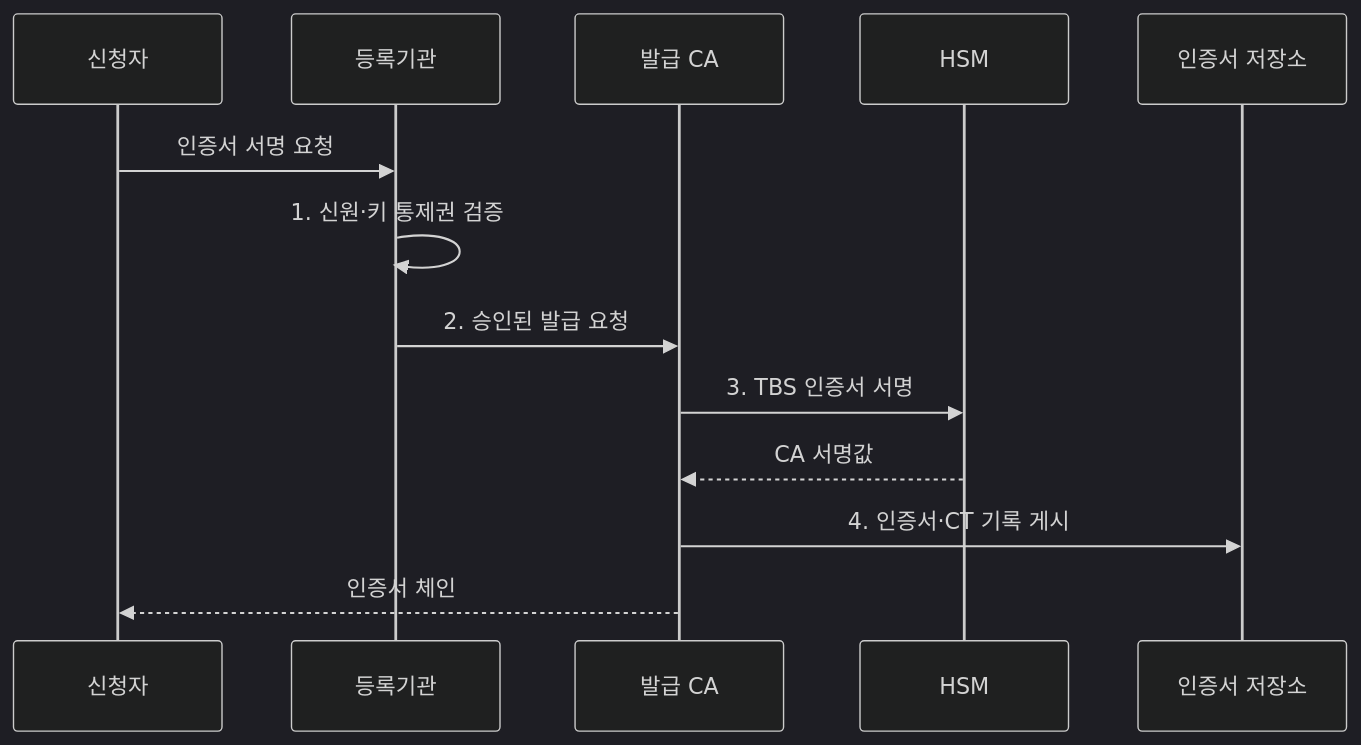
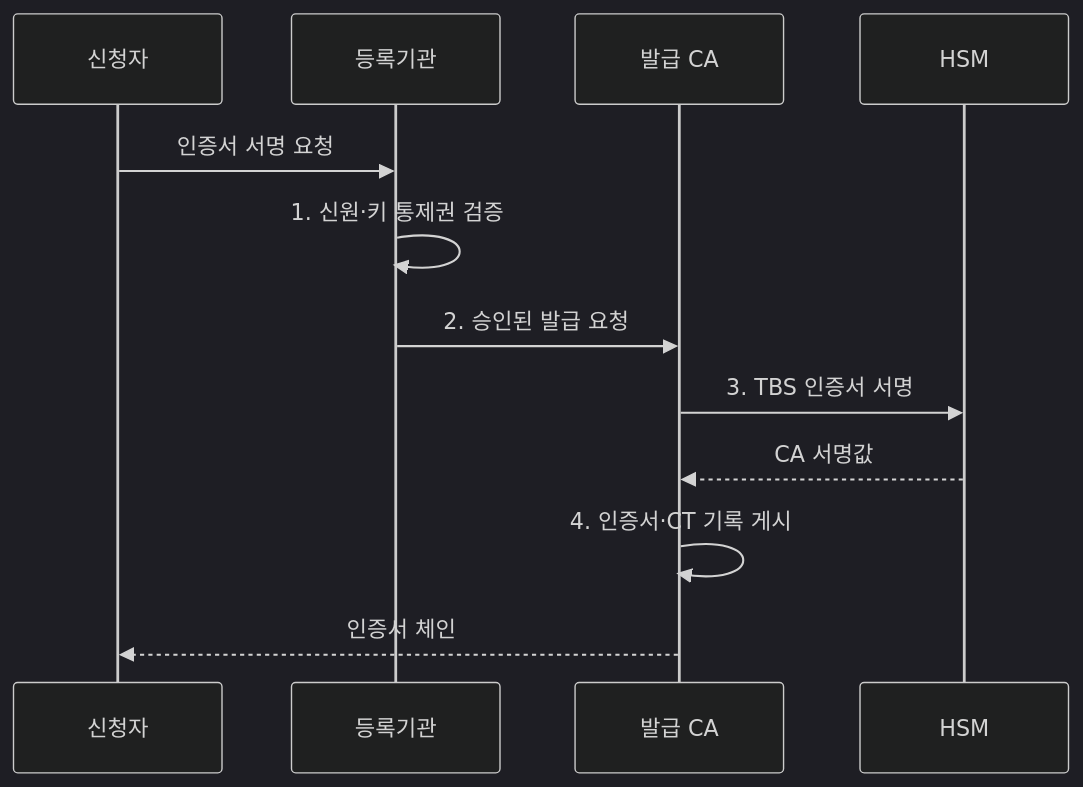
Before and after one commit to agnusdei1207/knowledge-base: the second of 2 diagrams in src/content/docs/notes/05-security/009_certificate_authority.md, drawn with Mermaid (dark theme). The commit also changed 9 other files, not shown here.

Commit message:
Focus cryptography sequence actors

````diff
--- a/src/content/docs/notes/05-security/009_certificate_authority.md
+++ b/src/content/docs/notes/05-security/009_certificate_authority.md
@@ -103,15 +103,14 @@
 ```mermaid
 sequenceDiagram
     participant S as 신청자
     participant R as 등록기관
     participant C as 발급 CA
     participant H as HSM
-    participant P as 인증서 저장소
     S->>R: 인증서 서명 요청
     R->>R: 1. 신원·키 통제권 검증
     R->>C: 2. 승인된 발급 요청
     C->>H: 3. TBS 인증서 서명
     H-->>C: CA 서명값
-    C->>P: 4. 인증서·CT 기록 게시
+    C->>C: 4. 인증서·CT 기록 게시
     C-->>S: 인증서 체인
 ```
````
